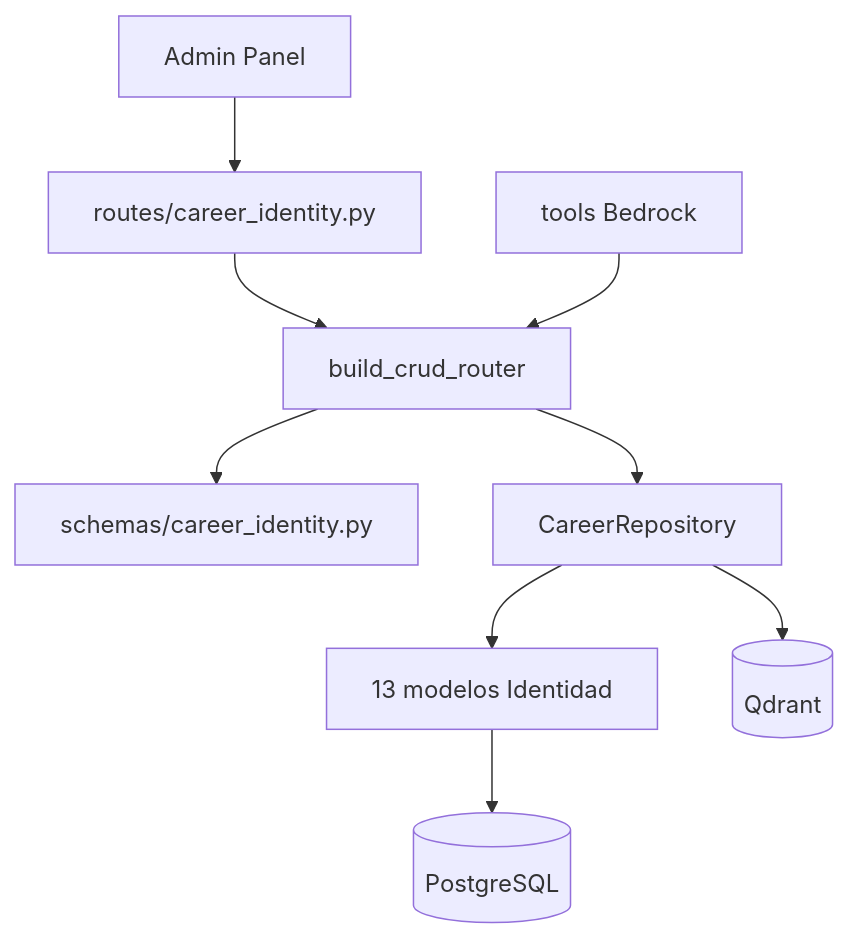
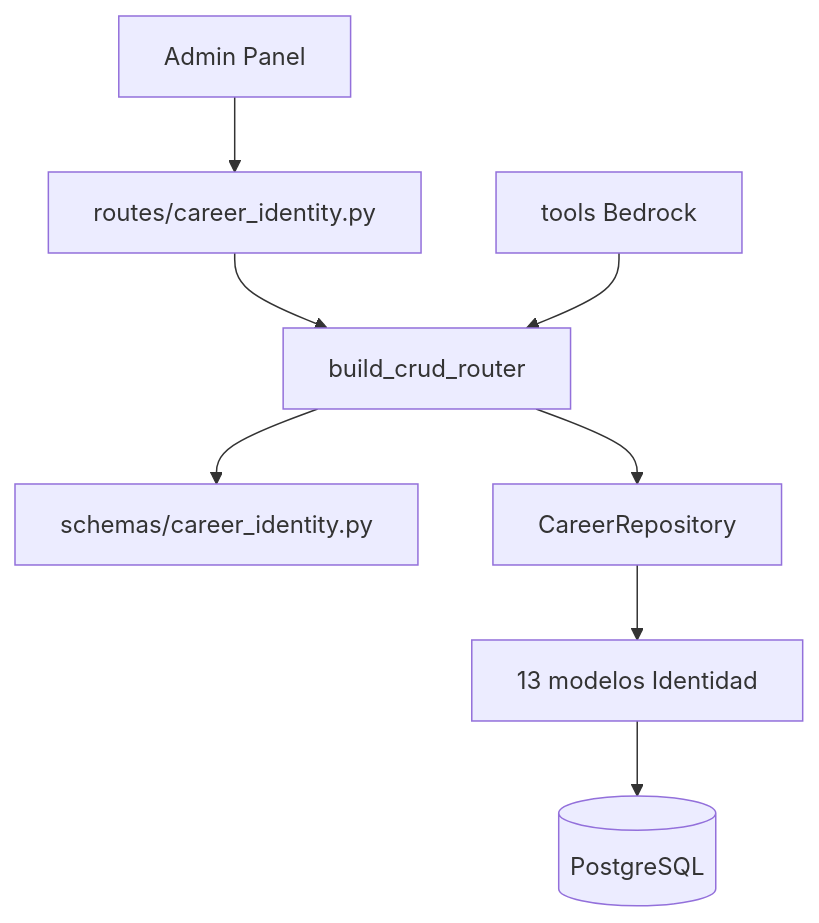
The diagram in cjhirashi-career-api/docs/sections/career-identity/README.md (cjhirashi/cjhirashi-career), drawn with Mermaid before and after one commit. The commit also changed other lines of this file and 81 other files, not shown here.

````diff
--- a/cjhirashi-career-api/docs/sections/career-identity/README.md
+++ b/cjhirashi-career-api/docs/sections/career-identity/README.md
@@ -11,11 +11,10 @@
 ```mermaid
 flowchart TB
     Admin[Admin Panel] --> Route[routes/career_identity.py]
     Route --> Factory[build_crud_router]
     Factory --> Schema[schemas/career_identity.py]
     Factory --> Repo[CareerRepository]
     Repo --> Models[13 modelos Identidad]
     Models --> PG[(PostgreSQL)]
-    Repo --> Qdrant[(Qdrant)]
     Bedrock[tools Bedrock] --> Factory
 ```
````
